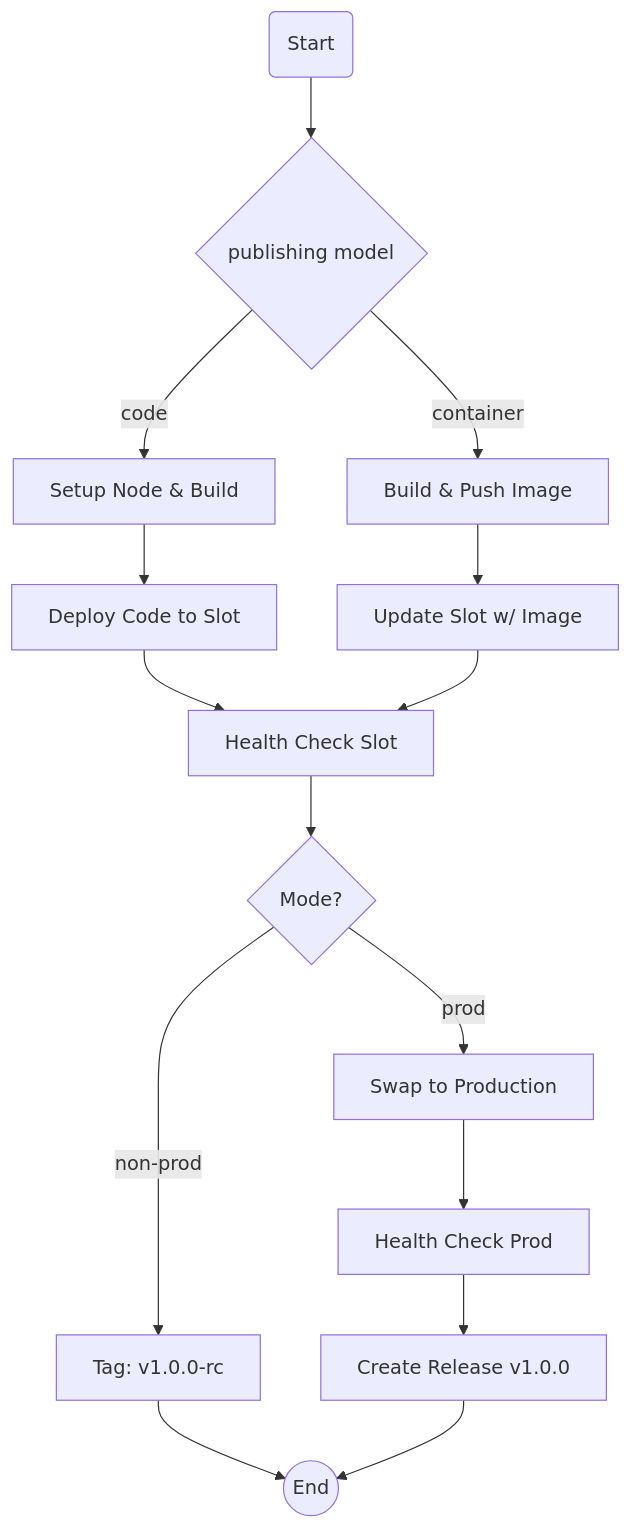
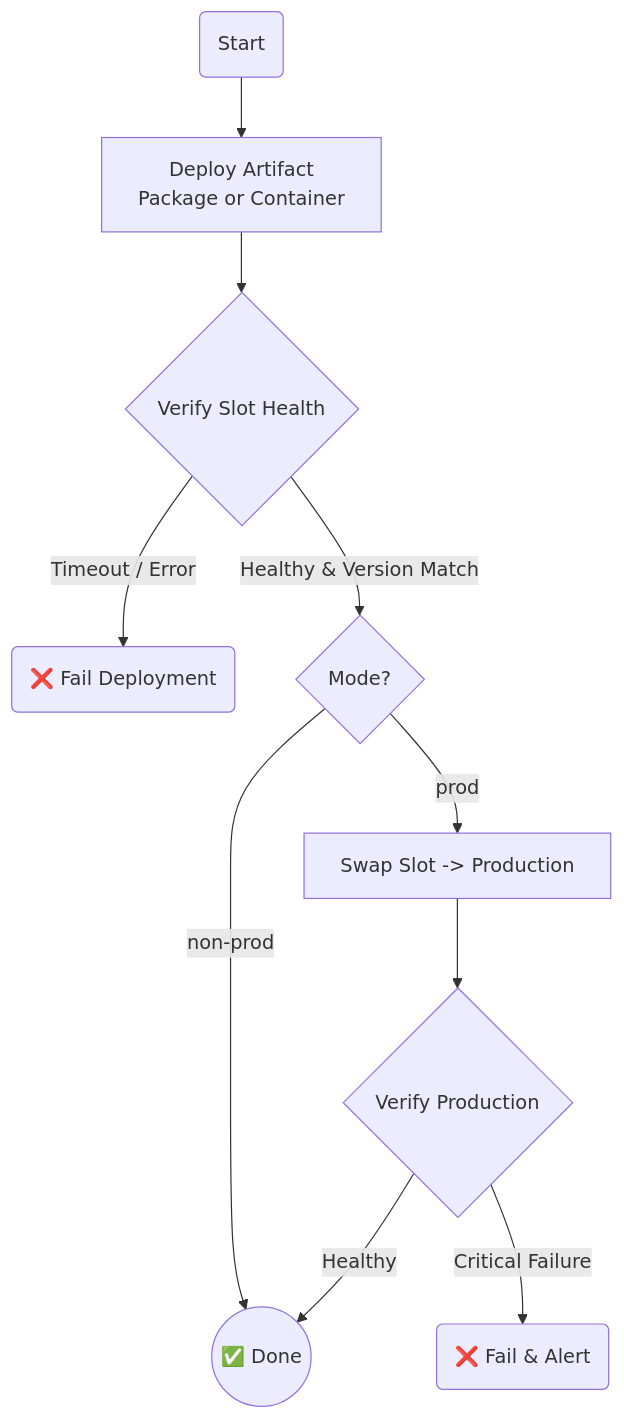
One commit to mharikmert/az-webapps-safe-deploy changed the diagram in readme.md. Above: the diagram before and after it, drawn with Mermaid. The commit also changed other lines of this file and 1 other file, not shown here.

Commit message:
fix: Update health check & readme

````diff
--- a/readme.md
+++ b/readme.md
@@ -15,28 +24,18 @@
 ```mermaid
 graph TD
-    Start(Start) --> Init{publishing model}
+    Start(Start) --> Deploy[Deploy Artifact<br/>Package or Container]
+    Deploy --> Verify1{Verify Slot Health}
     
-    %% Code Path
-    Init -- "code" --> Setup[Setup Node & Build]
-    Setup --> DeploySlot[Deploy Code to Slot]
-
-    %% Container Path
-    Init -- "container" --> Docker[Build & Push Image]
-    Docker --> DeployContainer[Update Slot w/ Image]
-
-    %% Merge
-    DeploySlot --> Health[Health Check Slot]
-    DeployContainer --> Health
-    
-    Health --> ModeCheck{Mode?}
+    Verify1 -- "Timeout / Error" --> Fail(❌ Fail Deployment)
+    Verify1 -- "Healthy & Version Match" --> Mode{Mode?}
     
     %% Non-Prod Path
-    ModeCheck -- "non-prod" --> PreTag[Tag: v1.0.0-rc]
-    PreTag --> End((End))
+    Mode -- "non-prod" --> Success((✅ Done))
 
     %% Prod Path
-    ModeCheck -- "prod" --> Swap[Swap to Production]
-    Swap --> HealthProd[Health Check Prod]
-    HealthProd --> Release[Create Release v1.0.0]
-    Release --> End
+    Mode -- "prod" --> Swap[Swap Slot -> Production]
+    Swap --> Verify2{Verify Production}
+    
+    Verify2 -- "Critical Failure" --> Alert(❌ Fail & Alert)
+    Verify2 -- "Healthy" --> Success
 ```
````
